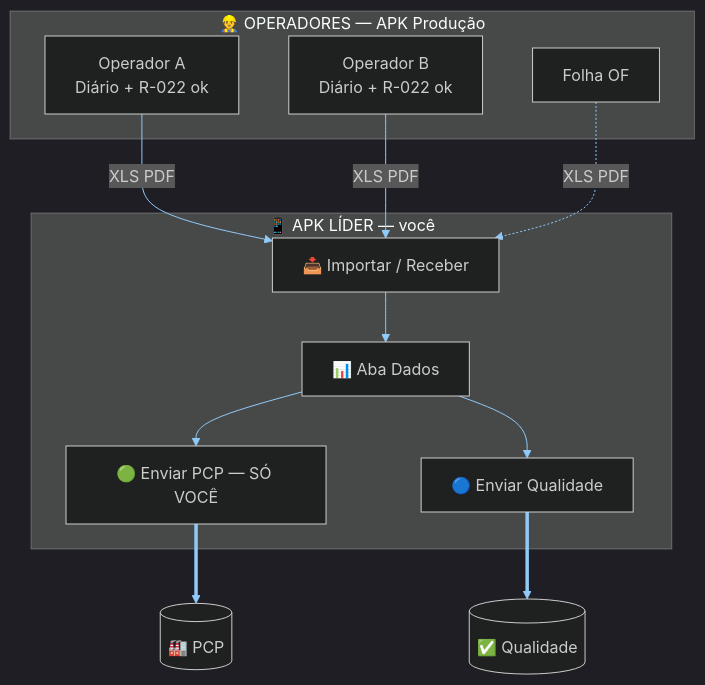
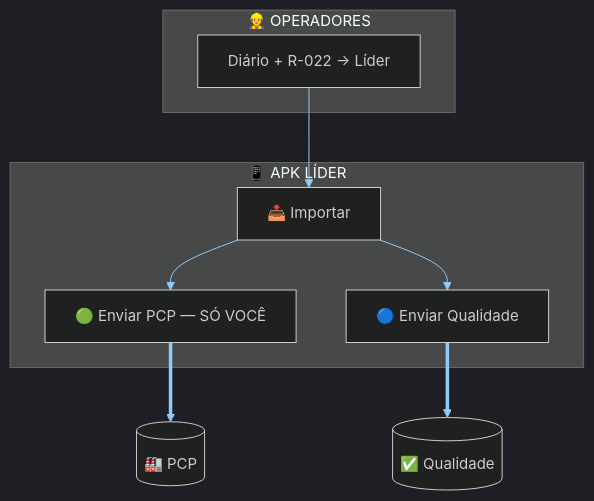
One commit to ALN2025/APK-LIDER changed the second of 2 diagrams in README.md. Above: the diagram before and after it, drawn with Mermaid. The commit also changed other lines of this file and 1 other file, not shown here.

Commit message:
docs: fluxo destacado — só o líder envia ao PCP

````diff
--- a/README.md
+++ b/README.md
@@ -29,37 +50,26 @@
 ```mermaid
 %%{init: {
   "theme": "dark",
   "themeVariables": {
     "primaryColor": "#E65100",
     "primaryTextColor": "#fff",
     "primaryBorderColor": "#FFB74D",
     "lineColor": "#90CAF9",
-    "secondaryColor": "#1B5E20",
-    "tertiaryColor": "#0D47A1",
-    "fontSize": "16px"
+    "fontSize": "15px"
   }
 }}%%
 flowchart TB
-  subgraph OPS["👷 OPERADORES — APK Produção"]
-    O1[Operador A<br/>Diário + R-022 ok]
-    O2[Operador B<br/>Diário + R-022 ok]
-    O3[Folha OF]
+  subgraph OPS["👷 OPERADORES"]
+    O1[Diário + R-022 → Líder]
   end
-
-  subgraph LIDER["📱 APK LÍDER — você"]
-    IMP[📥 Importar / Receber]
-    DADOS[📊 Aba Dados]
+  subgraph LIDER["📱 APK LÍDER"]
+    IMP[📥 Importar]
     PCP_B[🟢 Enviar PCP — SÓ VOCÊ]
     QUAL_B[🔵 Enviar Qualidade]
-    IMP --> DADOS
-    DADOS --> PCP_B
-    DADOS --> QUAL_B
+    IMP --> PCP_B
+    IMP --> QUAL_B
   end
-
-  O1 -->|"XLS PDF"| IMP
-  O2 -->|"XLS PDF"| IMP
-  O3 -.->|"XLS PDF"| IMP
-
+  O1 --> IMP
   PCP_B ==> PCP[(🏭 PCP)]
   QUAL_B ==> QUAL[(✅ Qualidade)]
 ```
````
